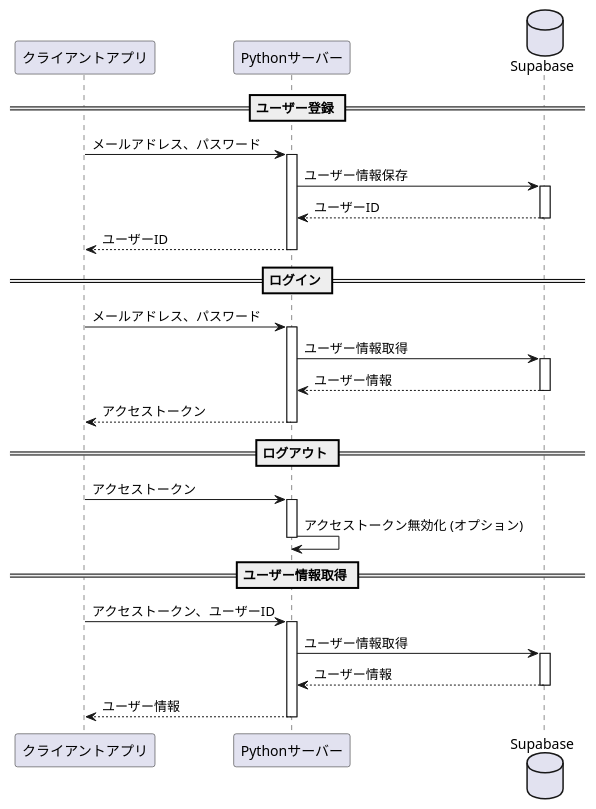
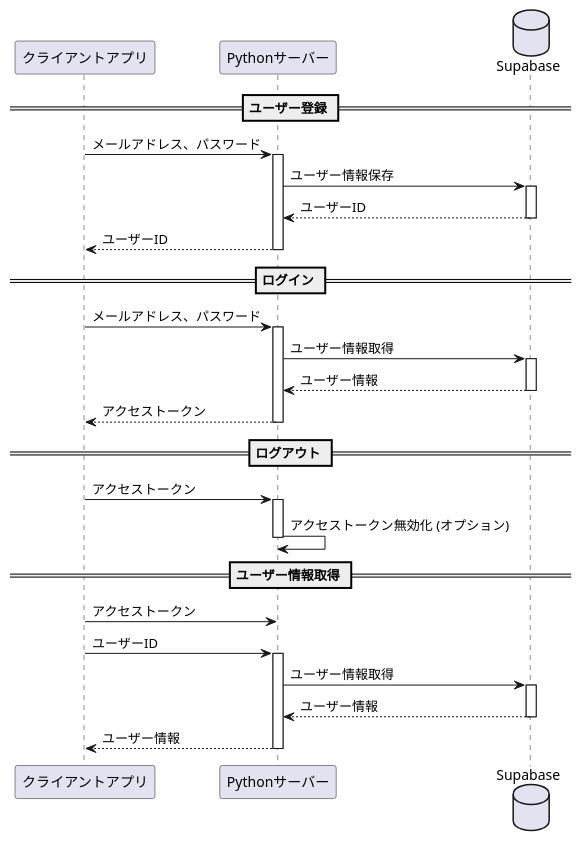
One commit to t012093/ar-character-ai changed the fourth of 4 diagrams in doc/detailed_design.md. Above: the diagram before and after it, drawn with PlantUML. The commit also changed other lines of this file and 2 other files, not shown here.

````diff
--- a/doc/detailed_design.md
+++ b/doc/detailed_design.md
@@ -281,43 +310,44 @@
 ```plantuml
 @startuml
 participant クライアントアプリ as Client
 participant Pythonサーバー as Server
 database Supabase
 
 == ユーザー登録 ==
 Client -> Server : メールアドレス、パスワード
 activate Server
 Server -> Supabase : ユーザー情報保存
 activate Supabase
 Supabase --> Server : ユーザーID
 deactivate Supabase
 Server --> Client : ユーザーID
 deactivate Server
 
 == ログイン ==
 Client -> Server : メールアドレス、パスワード
 activate Server
 Server -> Supabase : ユーザー情報取得
 activate Supabase
 Supabase --> Server : ユーザー情報
 deactivate Supabase
 Server --> Client : アクセストークン
 deactivate Server
 
 == ログアウト ==
 Client -> Server : アクセストークン
 activate Server
 Server -> Server : アクセストークン無効化 (オプション)
 deactivate Server
 
 == ユーザー情報取得 ==
-Client -> Server : アクセストークン、ユーザーID
+Client -> Server : アクセストークン
+Client -> Server : ユーザーID
 activate Server
 Server -> Supabase : ユーザー情報取得
 activate Supabase
 Supabase --> Server : ユーザー情報
 deactivate Supabase
 Server --> Client : ユーザー情報
 deactivate Server
 @enduml
 ```
````
